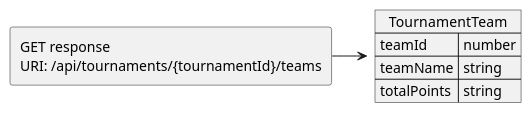
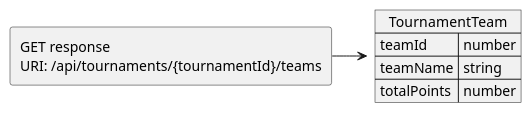
Before and after one commit to JKMN-Projects/TeamTactics: the diagram in docs/JSON Contracts/Responses/GetTournamentTeam.puml, drawn with PlantUML. The commit also changed 3 other files, not shown here.

```diff
--- a/docs/JSON Contracts/Responses/GetTournamentTeam.puml
+++ b/docs/JSON Contracts/Responses/GetTournamentTeam.puml
@@ -1,12 +1,12 @@
 @startuml Get tournament team response
 allowmixing
 
 agent "GET response \nURI: /api/tournaments/{tournamentId}/teams"
   json "TournamentTeam" as J {
     "teamId": "number",
     "teamName": "string",
-    "totalPoints": "string"
+    "totalPoints": "number"
   }
 
 "GET response \nURI: /api/tournaments/{tournamentId}/teams" -> J 
 @enduml
```
